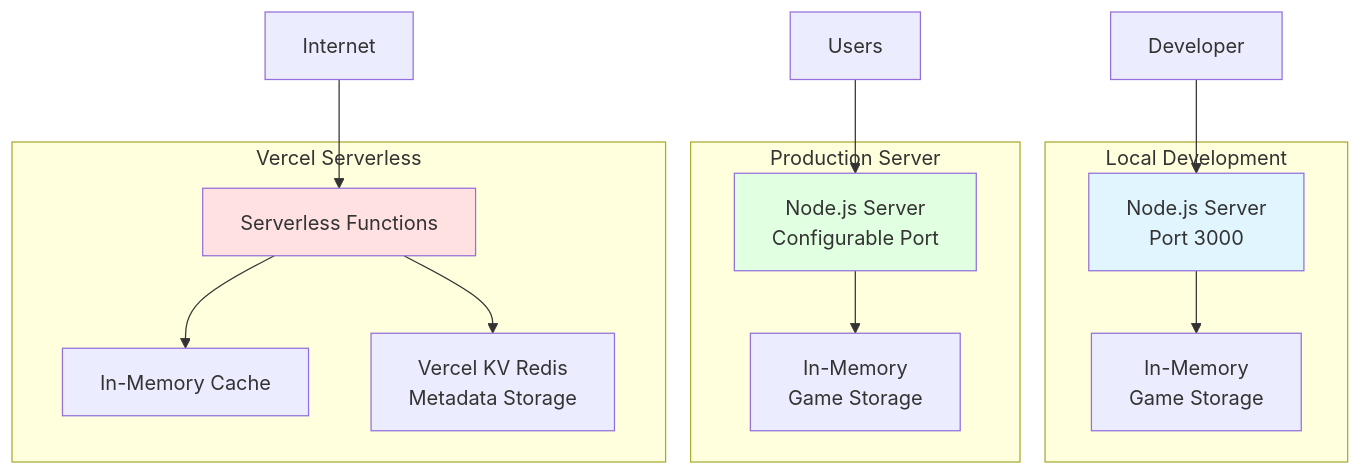
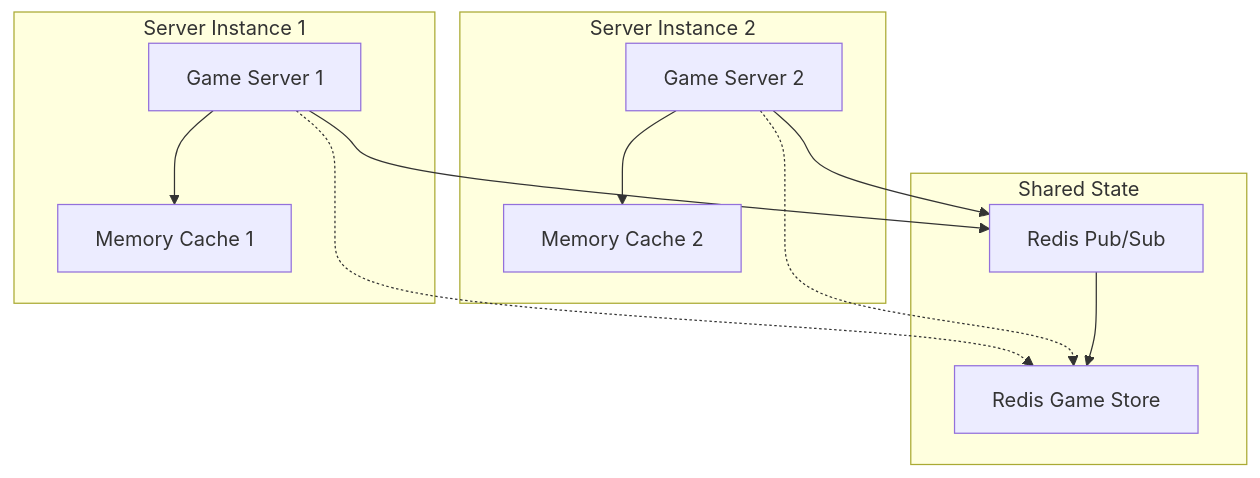
The eighth of 8 diagrams in ARCHITECTURE.md (mcclowes/knights-and-crosses), drawn with Mermaid before and after one commit. The commit also changed other lines of this file, not shown here.

````diff
--- a/ARCHITECTURE.md
+++ b/ARCHITECTURE.md
@@ -816,30 +796,25 @@
 ```mermaid
 graph TB
-    subgraph "Local Development"
-        LocalNode[Node.js Server<br/>Port 3000]
-        LocalMem[In-Memory<br/>Game Storage]
-        LocalNode --> LocalMem
+    subgraph "Server Instance 1"
+        S1[Game Server 1]
+        M1[Memory Cache 1]
     end
 
-    subgraph "Production Server"
-        ProdNode[Node.js Server<br/>Configurable Port]
-        ProdMem[In-Memory<br/>Game Storage]
-        ProdNode --> ProdMem
+    subgraph "Server Instance 2"
+        S2[Game Server 2]
+        M2[Memory Cache 2]
     end
 
-    subgraph "Vercel Serverless"
-        VercelFunc[Serverless Functions]
-        VercelMem[In-Memory Cache]
-        VercelKV[Vercel KV Redis<br/>Metadata Storage]
-        VercelFunc --> VercelMem
-        VercelFunc --> VercelKV
+    subgraph "Shared State"
+        RedisPubSub[Redis Pub/Sub]
+        RedisStore[Redis Game Store]
     end
 
-    Dev[Developer] --> LocalNode
-    Users[Users] --> ProdNode
-    Internet[Internet] --> VercelFunc
-
-    style LocalNode fill:#e1f5ff
-    style ProdNode fill:#e1ffe1
-    style VercelFunc fill:#ffe1e1
+    S1 --> M1
+    S2 --> M2
+    S1 --> RedisPubSub
+    S2 --> RedisPubSub
+    S1 -.-> RedisStore
+    S2 -.-> RedisStore
+    RedisPubSub --> RedisStore
 ```
````
